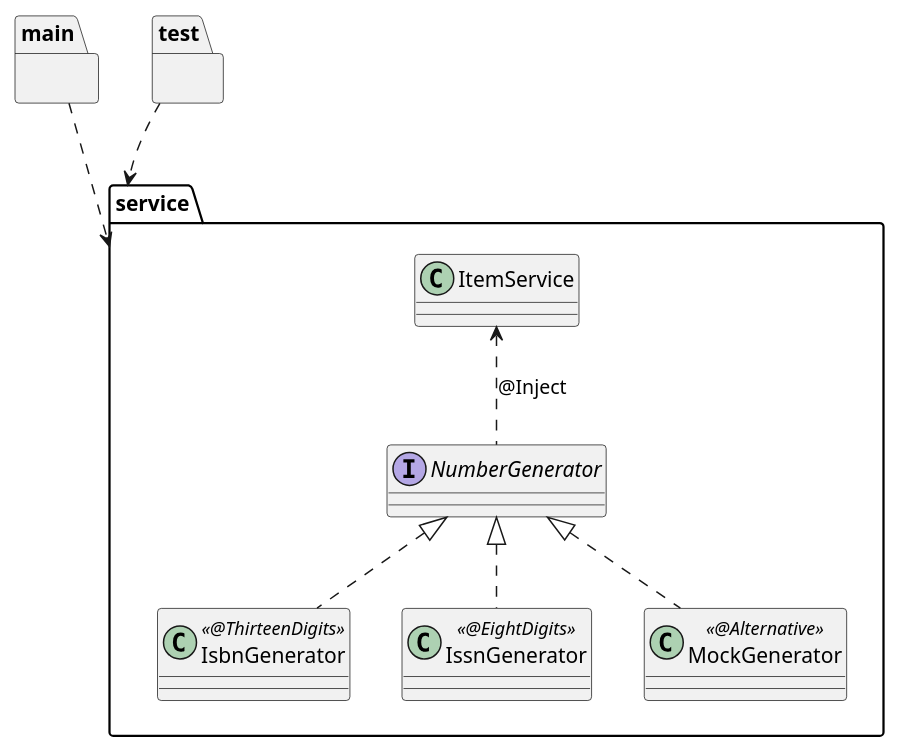
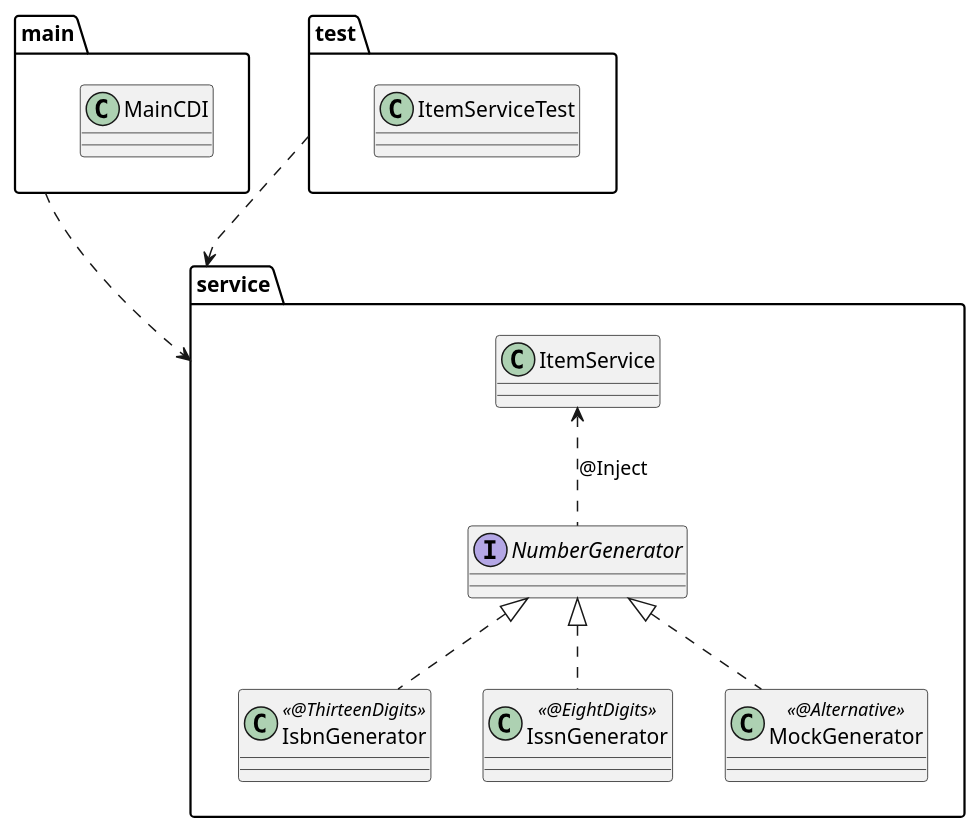
The diagram in 01-CDI/demo01.puml (agoncal/agoncal-training-javaee7), drawn with PlantUML before and after one commit. The commit also changed 16 other files, not shown here.

Commit message:
Updading UML schemas

```diff
--- a/01-CDI/demo01.puml
+++ b/01-CDI/demo01.puml
@@ -1,24 +1,26 @@
 @startuml
 
 package "main" {
+    class MainCDI
 }
 package "test" {
+    class ItemServiceTest
 }
 
 package "service" {
     interface NumberGenerator
     class IsbnGenerator << @ThirteenDigits >>
     class IssnGenerator << @EightDigits >>
     class MockGenerator << @Alternative >>
     class ItemService
 
     ItemService <.. NumberGenerator : @Inject
     NumberGenerator <|.. IsbnGenerator
     NumberGenerator <|.. IssnGenerator
     NumberGenerator <|.. MockGenerator
 }
 
 main ..> service
 test ..> service
 
 @enduml
```
